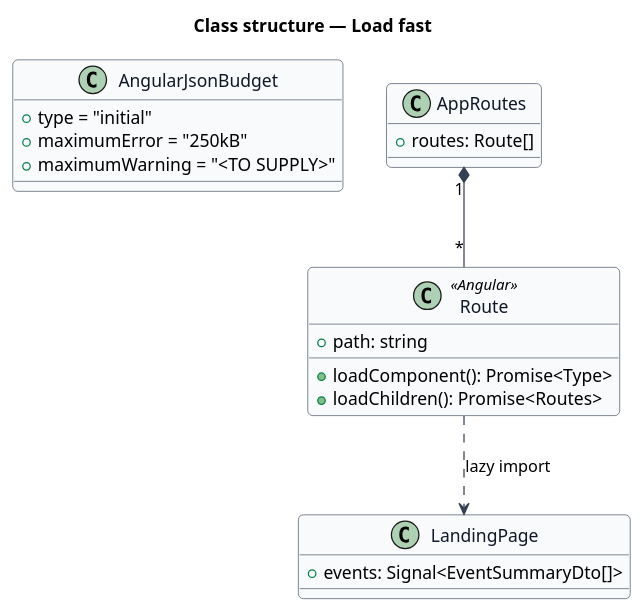
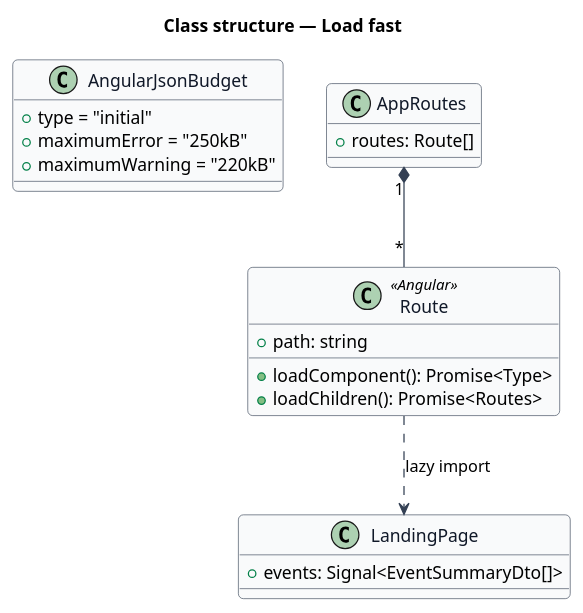
Before and after one commit to QuinntyneBrown/christian-fitness: the diagram in docs/detailed-designs/performance/load-fast/diagrams/class.puml, drawn with PlantUML. The commit also changed 6 other files, not shown here.

```diff
--- a/docs/detailed-designs/performance/load-fast/diagrams/class.puml
+++ b/docs/detailed-designs/performance/load-fast/diagrams/class.puml
@@ -1,32 +1,32 @@
 @startuml
 skinparam backgroundColor #FFFFFF
 skinparam shadowing false
 skinparam roundcorner 8
 skinparam defaultFontName Arial
 skinparam ArrowColor #344054
 skinparam class {
   BorderColor #344054
   FontColor #101828
   BackgroundColor #F9FAFB
 }
 title Class structure — Load fast
 
 class AngularJsonBudget {
   +type = "initial"
   +maximumError = "250kB"
-  +maximumWarning = "<TO SUPPLY>"
+  +maximumWarning = "220kB"
 }
 class Route <<Angular>> {
   +path: string
   +loadComponent(): Promise<Type>
   +loadChildren(): Promise<Routes>
 }
 class AppRoutes {
   +routes: Route[]
 }
 class LandingPage {
   +events: Signal<EventSummaryDto[]>
 }
 AppRoutes "1" *-- "*" Route
 Route ..> LandingPage : lazy import
 @enduml
```
